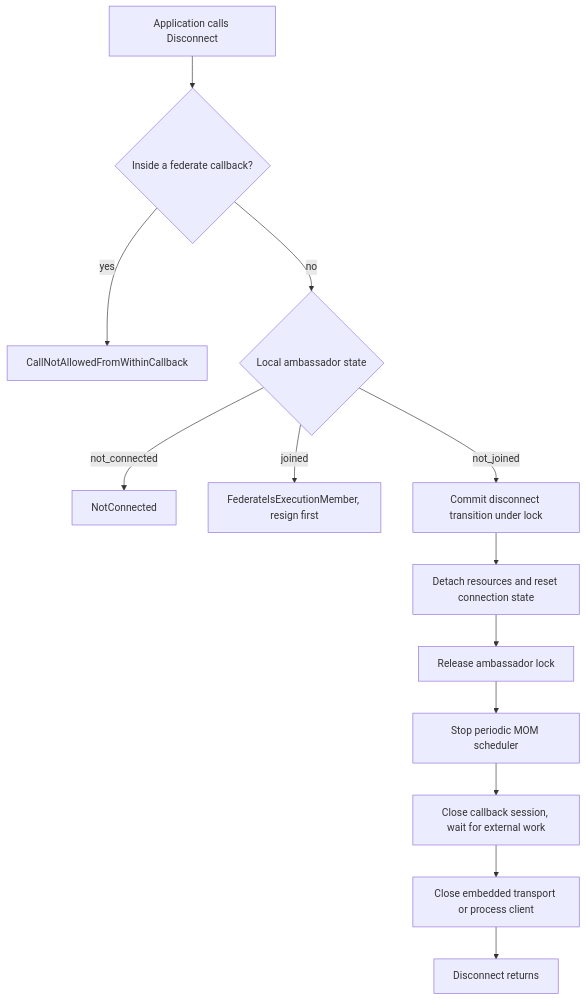
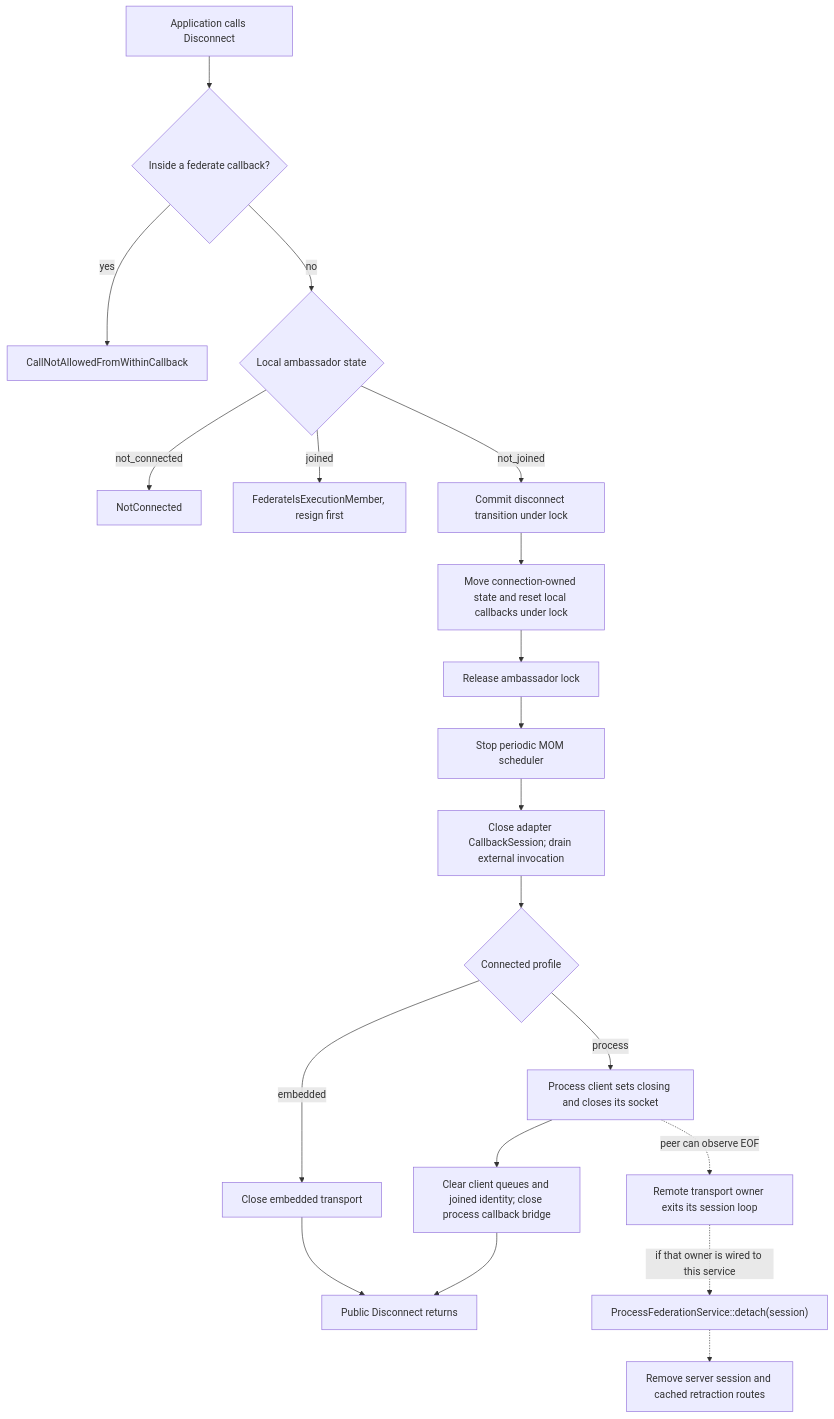
One commit to sheepfling/umbra changed the fourth of 4 diagrams in docs/design/HLA-2025-CONNECTION-AND-CONFIGURATION-FLOW-GUIDE.md. Above: the diagram before and after it, drawn with Mermaid. The commit also changed other lines of this file and 822 other files, not shown here.

````diff
--- a/docs/design/HLA-2025-CONNECTION-AND-CONFIGURATION-FLOW-GUIDE.md
+++ b/docs/design/HLA-2025-CONNECTION-AND-CONFIGURATION-FLOW-GUIDE.md
@@ -174,15 +201,22 @@
 ```mermaid
 flowchart TD
     A["Application calls Disconnect"] --> B{"Inside a federate callback?"}
     B -- "yes" --> C["CallNotAllowedFromWithinCallback"]
     B -- "no" --> D{"Local ambassador state"}
     D -- "not_connected" --> E["NotConnected"]
     D -- "joined" --> F["FederateIsExecutionMember, resign first"]
     D -- "not_joined" --> G["Commit disconnect transition under lock"]
-    G --> H["Detach resources and reset connection state"]
+    G --> H["Move connection-owned state and reset local callbacks under lock"]
     H --> I["Release ambassador lock"]
     I --> J["Stop periodic MOM scheduler"]
-    J --> K["Close callback session, wait for external work"]
-    K --> L["Close embedded transport or process client"]
-    L --> M["Disconnect returns"]
+    J --> K["Close adapter CallbackSession; drain external invocation"]
+    K --> L{"Connected profile"}
+    L -- "embedded" --> M["Close embedded transport"]
+    L -- "process" --> N["Process client sets closing and closes its socket"]
+    N --> O["Clear client queues and joined identity; close process callback bridge"]
+    M --> P["Public Disconnect returns"]
+    O --> P
+    N -. "peer can observe EOF" .-> Q["Remote transport owner exits its session loop"]
+    Q -. "if that owner is wired to this service" .-> R["ProcessFederationService::detach(session)"]
+    R -.-> S["Remove server session and cached retraction routes"]
 ```
````
